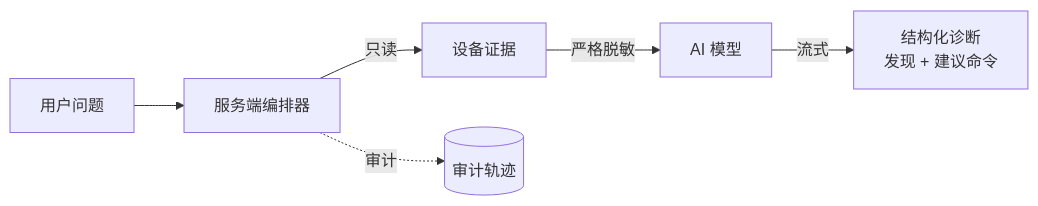
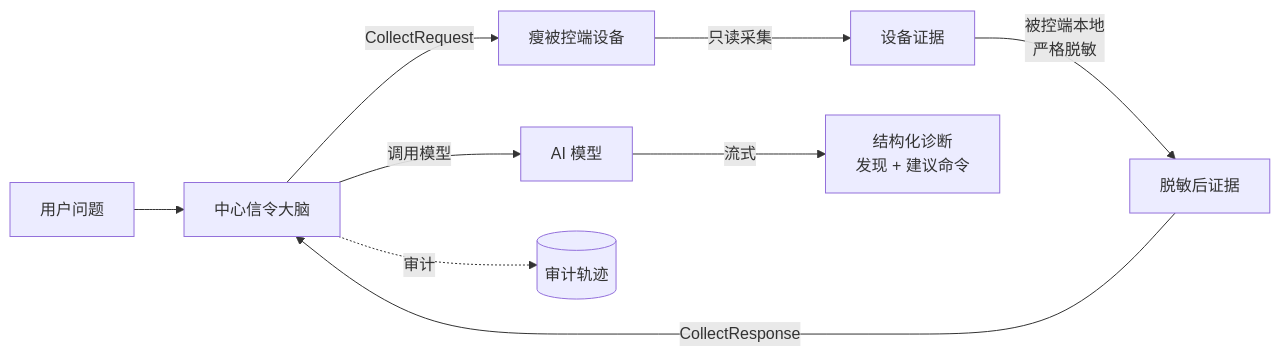
One commit to lcxl-remote/lcxl-remote-desk-web changed the diagram in docs/zh/features/ai-diagnostics.md. Above: the diagram before and after it, drawn with Mermaid. The commit also changed other lines of this file and 5 other files, not shown here.

First line of the commit message:
docs: describe AI as central brain + thin edge (bilingual)

````diff
--- a/docs/zh/features/ai-diagnostics.md
+++ b/docs/zh/features/ai-diagnostics.md
@@ -9,8 +9,11 @@
 ```mermaid
 graph LR
-    user[用户问题] --> orch[服务端编排器]
-    orch -->|只读| evidence[设备证据]
-    evidence -->|严格脱敏| model[AI 模型]
+    user[用户问题] --> central[中心信令大脑]
+    central -->|CollectRequest| edge[瘦被控端设备]
+    edge -->|只读采集| evidence[设备证据]
+    evidence -->|被控端本地<br/>严格脱敏| redacted[脱敏后证据]
+    redacted -->|CollectResponse| central
+    central -->|调用模型| model[AI 模型]
     model -->|流式| diag[结构化诊断<br/>发现 + 建议命令]
-    orch -.审计.-> audit[(审计轨迹)]
+    central -.审计.-> audit[(审计轨迹)]
 ```
````
